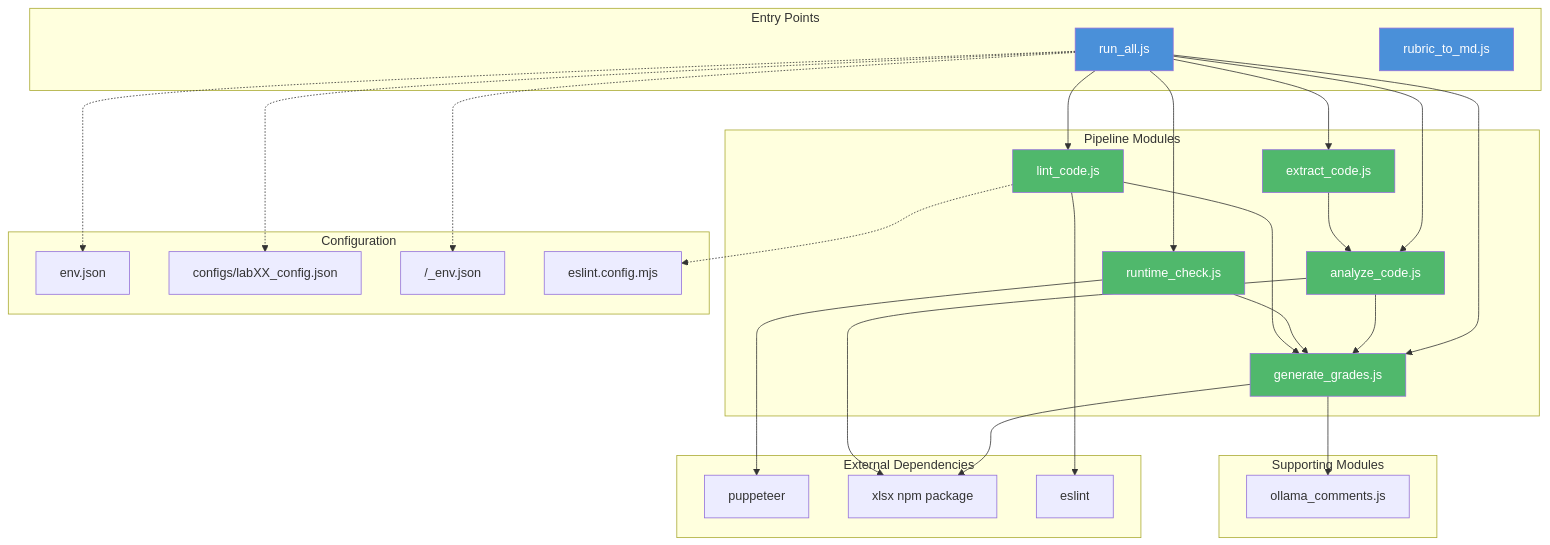
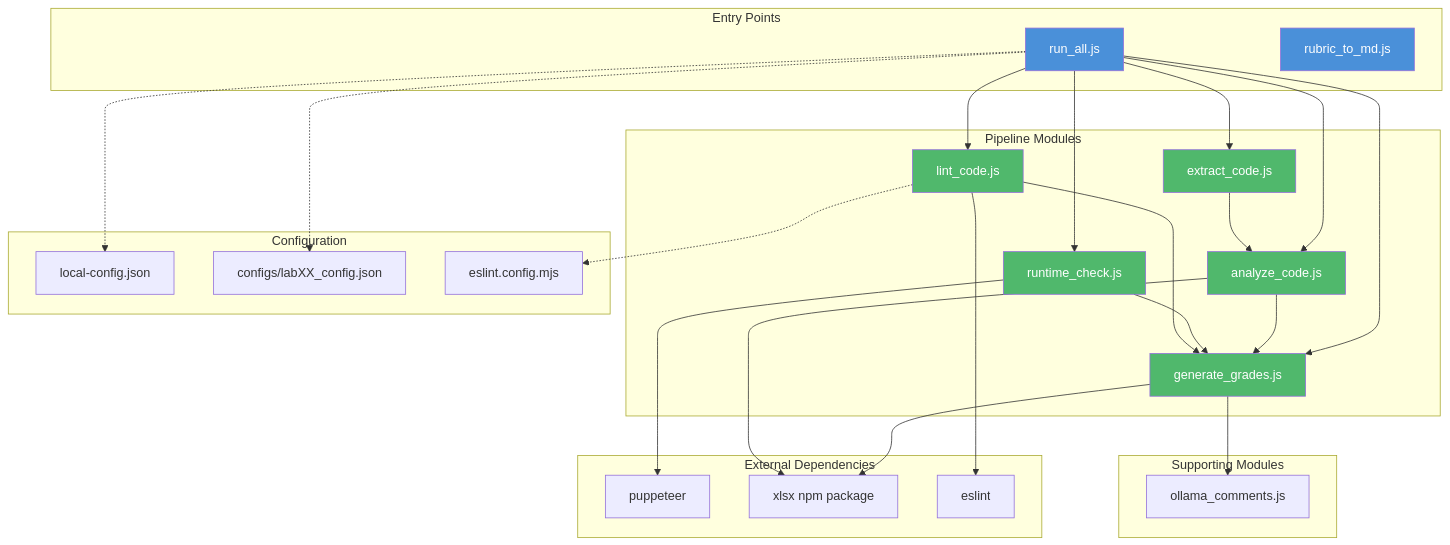
One commit to ProfBird/CS233JS-AI_Grading changed the first of 5 diagrams in DEVELOPER_GUIDE.md. Above: the diagram before and after it, drawn with Mermaid. The commit also changed other lines of this file and 17 other files, not shown here.

````diff
--- a/DEVELOPER_GUIDE.md
+++ b/DEVELOPER_GUIDE.md
@@ -13,68 +13,66 @@
 ```mermaid
 graph TD
     subgraph "Entry Points"
         run_all[run_all.js]
         rubric_to_md[rubric_to_md.js]
     end
 
     subgraph "Pipeline Modules"
         extract[extract_code.js]
         runtime[runtime_check.js]
         analyze[analyze_code.js]
         lint[lint_code.js]
         grades[generate_grades.js]
     end
 
     subgraph "Supporting Modules"
         ollama[ollama_comments.js]
     end
 
     subgraph "External Dependencies"
         puppeteer
         xlsx_npm[xlsx npm package]
         eslint
     end
 
     subgraph "Configuration"
-        env_json[env.json]
+        local_config[local-config.json]
         lab_configs[configs/labXX_config.json]
-        lab_env[<labDir>/_env.json]
         eslint_config[eslint.config.mjs]
     end
 
     %% Entry → Pipeline
     run_all --> extract
     run_all --> runtime
     run_all --> analyze
     run_all --> lint
     run_all --> grades
 
     %% Config loading
-    run_all -.-> env_json
+    run_all -.-> local_config
     run_all -.-> lab_configs
-    run_all -.-> lab_env
 
     %% Module internal deps
     grades --> ollama
 
     %% External deps
     runtime --> puppeteer
     grades --> xlsx_npm
     analyze --> xlsx_npm
     lint --> eslint
     lint -.-> eslint_config
 
     %% Data flow direction (for readability)
     extract --> analyze
     analyze --> grades
     runtime --> grades
     lint --> grades
 
     style run_all fill:#4a90d9,color:#fff
     style rubric_to_md fill:#4a90d9,color:#fff
     style extract fill:#50b86c,color:#fff
     style runtime fill:#50b86c,color:#fff
     style analyze fill:#50b86c,color:#fff
     style lint fill:#50b86c,color:#fff
     style grades fill:#50b86c,color:#fff
 ```
````
